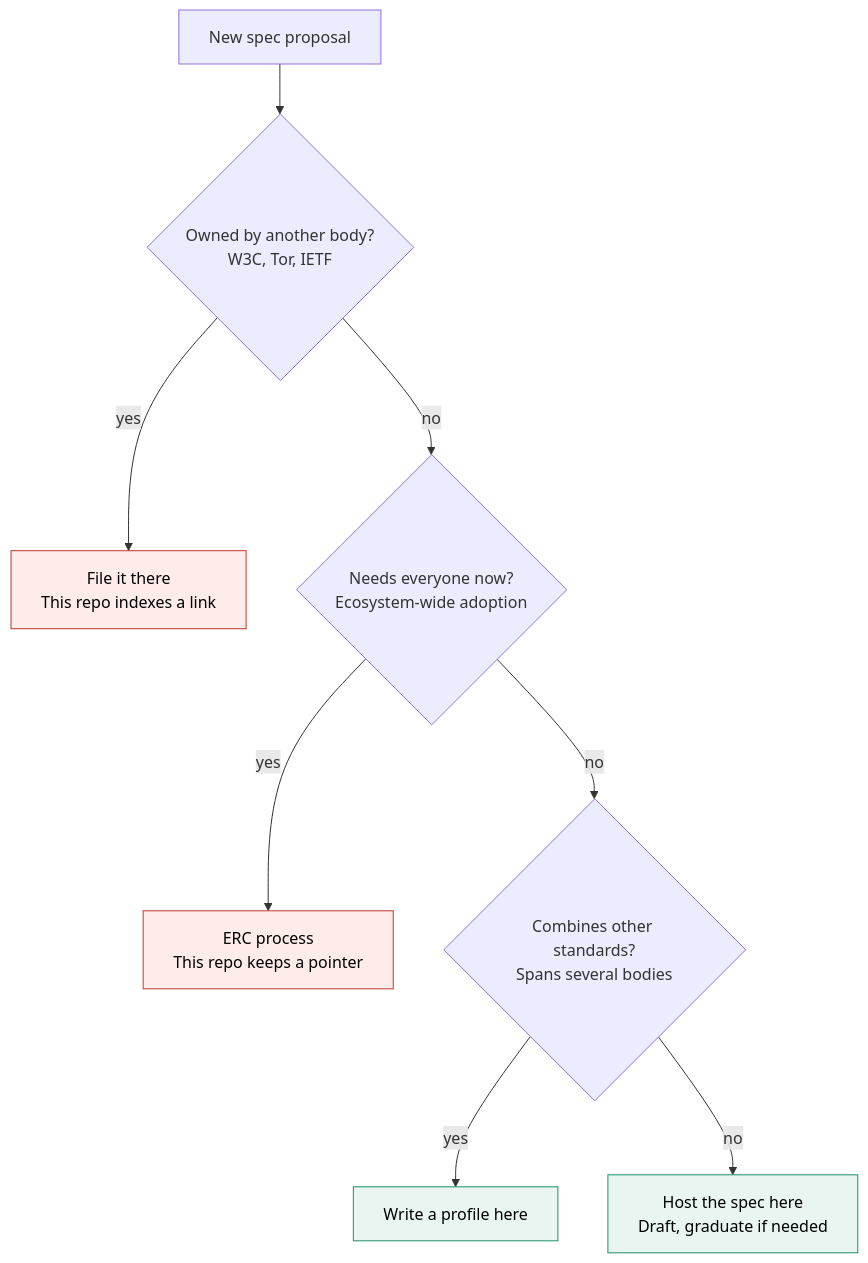
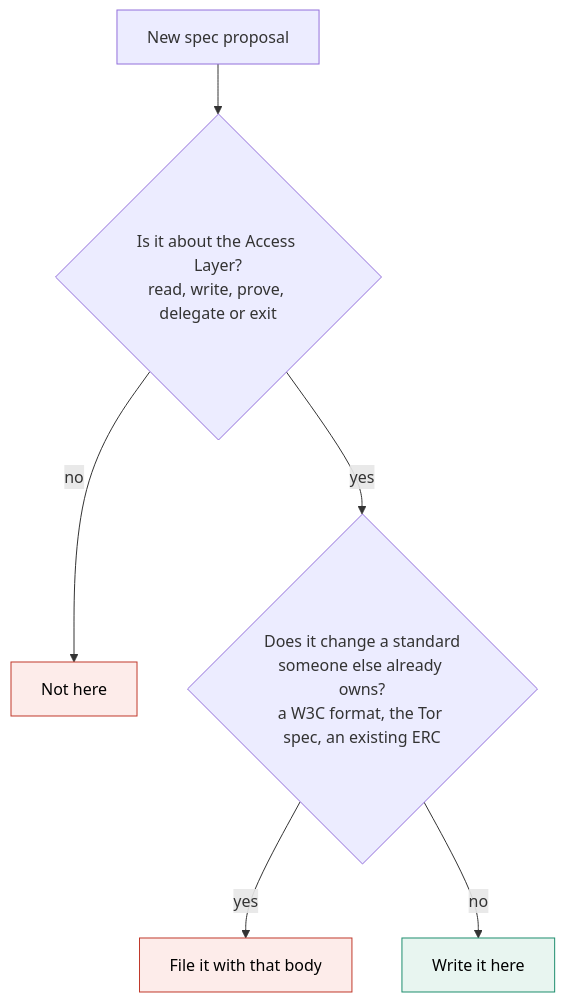
One commit to ethereum/access-layer-specs changed the diagram in process/README.md. Above: the diagram before and after it, drawn with Mermaid. The commit also changed other lines of this file, not shown here.

Commit message:
process: README says the repo is the default home, not the last resort
- decision chart is two questions, Access Layer scope and whether it
  changes a standard someone else owns, everything else is written here
- indexing promises removed, the front-matter rule is the only one
- profiles bullet in plain words, EIP process is now ERC process

````diff
--- a/process/README.md
+++ b/process/README.md
@@ -32,15 +32,13 @@
 ```mermaid
 flowchart TD
-    A[New spec proposal] --> B{Owned by another body?<br>W3C, Tor, IETF}
-    B -- yes --> C[File it there<br>This repo indexes a link]
-    B -- no --> D{Needs everyone now?<br>Ecosystem-wide adoption}
-    D -- yes --> E[ERC process<br>This repo keeps a pointer]
-    D -- no --> F{Combines other standards?<br>Spans several bodies}
-    F -- yes --> G[Write a profile here]
-    F -- no --> H[Host the spec here<br>Draft, graduate if needed]
+    A[New spec proposal] --> B{Is it about the Access Layer?<br>read, write, prove, delegate or exit}
+    B -- no --> C[Not here]
+    B -- yes --> D{Does it change a standard<br>someone else already owns?<br>a W3C format, the Tor spec, an existing ERC}
+    D -- yes --> E[File it with that body]
+    D -- no --> F[Write it here]
 
     classDef elsewhere fill:#fdecea,stroke:#c0392b,color:#000
     classDef here fill:#e8f5f0,stroke:#1e8e6e,color:#000
     class C,E elsewhere
-    class G,H here
+    class F here
 ```
````
